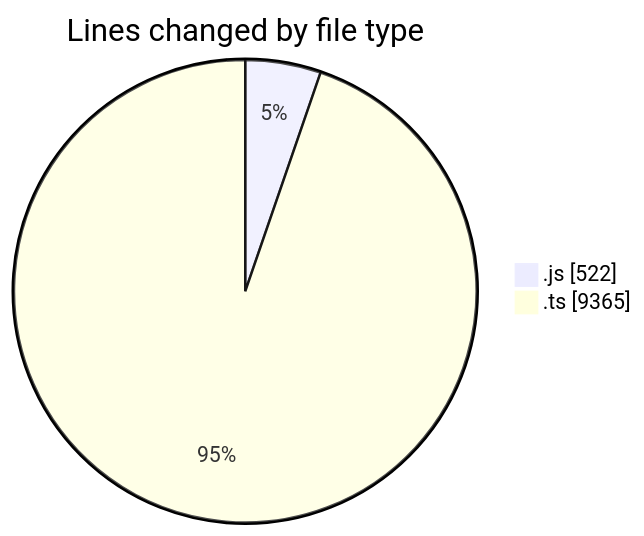
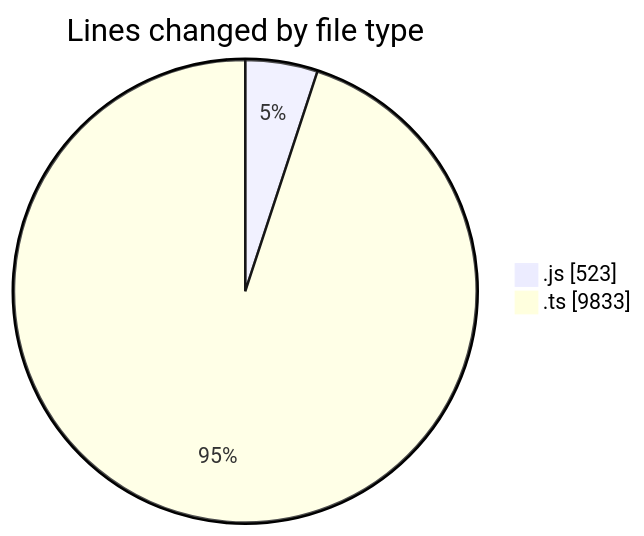
The first of 2 diagrams in 2025-08-15/cda/README.md (momahboobian/code-tracking), drawn with Mermaid before and after one commit. The commit also changed other lines of this file and 1 other file, not shown here.

````diff
--- a/2025-08-15/cda/README.md
+++ b/2025-08-15/cda/README.md
@@ -22,6 +22,6 @@
 ```mermaid
 pie showData
 title Lines changed by file type
-".js" : 522
-".ts" : 9365
+".js" : 523
+".ts" : 9833
 ```
````
